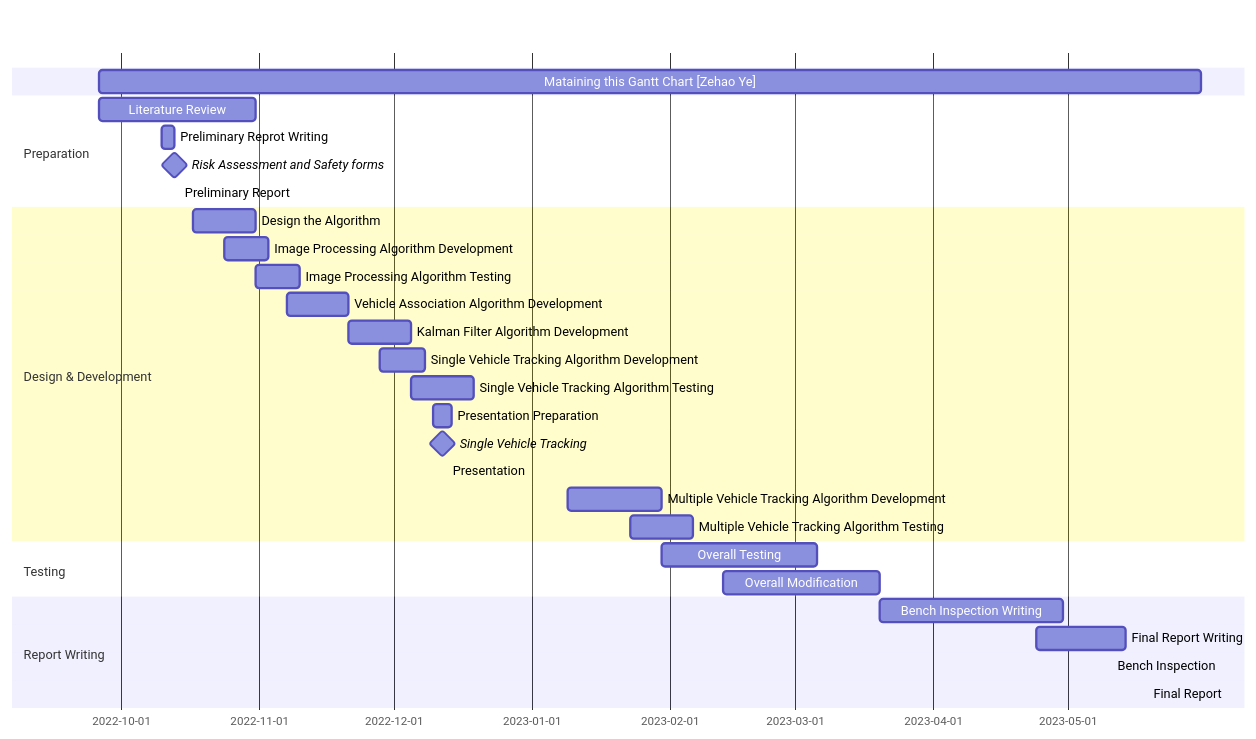
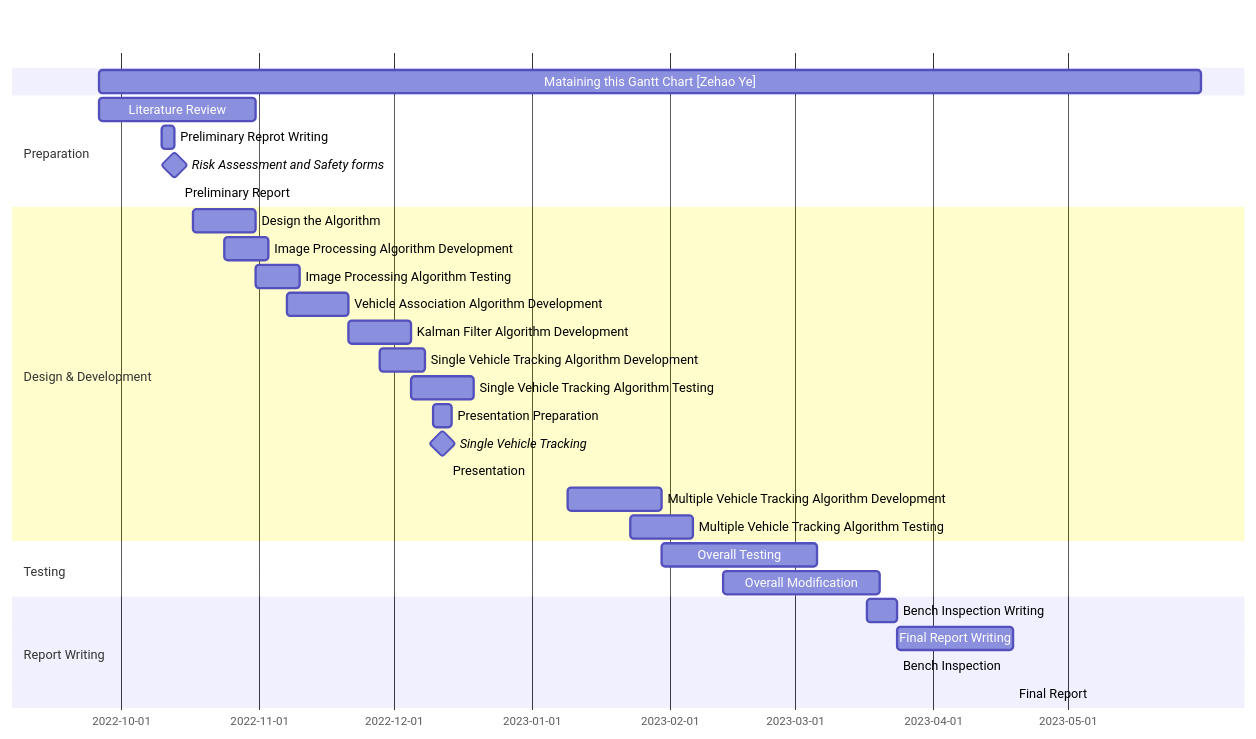
The diagram in README.md (yezehao/final-year-project), drawn with Mermaid before and after one commit.

Commit message:
modify the Gantt chart

````diff
--- a/README.md
+++ b/README.md
@@ -18,38 +18,38 @@
 ```mermaid
 gantt
     dateFormat  YYYY-MM-DD
 
     Mataining this Gantt Chart [Zehao Ye] : 2022-09-26, 2023-05-31
 
     section Preparation
     Literature Review : prepare, 2022-09-26, 35d
     Preliminary Reprot Writing : report writing, 2022-10-10, 3d
     Risk Assessment and Safety forms : milestone, 2022-10-13, 0d
     Preliminary Report : crit, after report writing, 2022-10-14
 
     section Design & Development
     Design the Algorithm : 2022-10-17, 14d
     Image Processing Algorithm Development : 2022-10-24, 10d
     Image Processing Algorithm Testing : 2022-10-31, 10d
     Vehicle Association Algorithm Development : 2022-11-7, 14d
     Kalman Filter Algorithm Development : 2022-11-21, 14d
     Single Vehicle Tracking Algorithm Development : 2022-11-28, 10d
     Single Vehicle Tracking Algorithm Testing : 2022-12-5, 14d
     Presentation Preparation : 2022-12-10, 4d
     Single Vehicle Tracking : milestone, 2022-12-12, 0d
     Presentation : crit, 2022-12-13, 0d
     Multiple Vehicle Tracking Algorithm Development: 2023-01-09, 21d
     Multiple Vehicle Tracking Algorithm Testing: 2023-01-23, 14d
 
 
     section Testing
     Overall Testing: 2023-01-30, 35d
     Overall Modification : 2023-02-13, 35d
 
     section Report Writing
-    Bench Inspection Writing : 2023-03-20, 2023-04-30
-    Final Report Writing : 2023-04-24, 2023-05-14
-    Bench Inspection : crit, 2023-05-11, 0d
-    Final Report : crit, 2023-05-19, 0d
+    Bench Inspection Writing : 2023-03-17, 2023-03-24
+    Final Report Writing : 2023-03-24, 2023-04-19
+    Bench Inspection : crit, 2023-03-24, 0d
+    Final Report : crit, 2023-04-19, 0d
 
 ```
````
